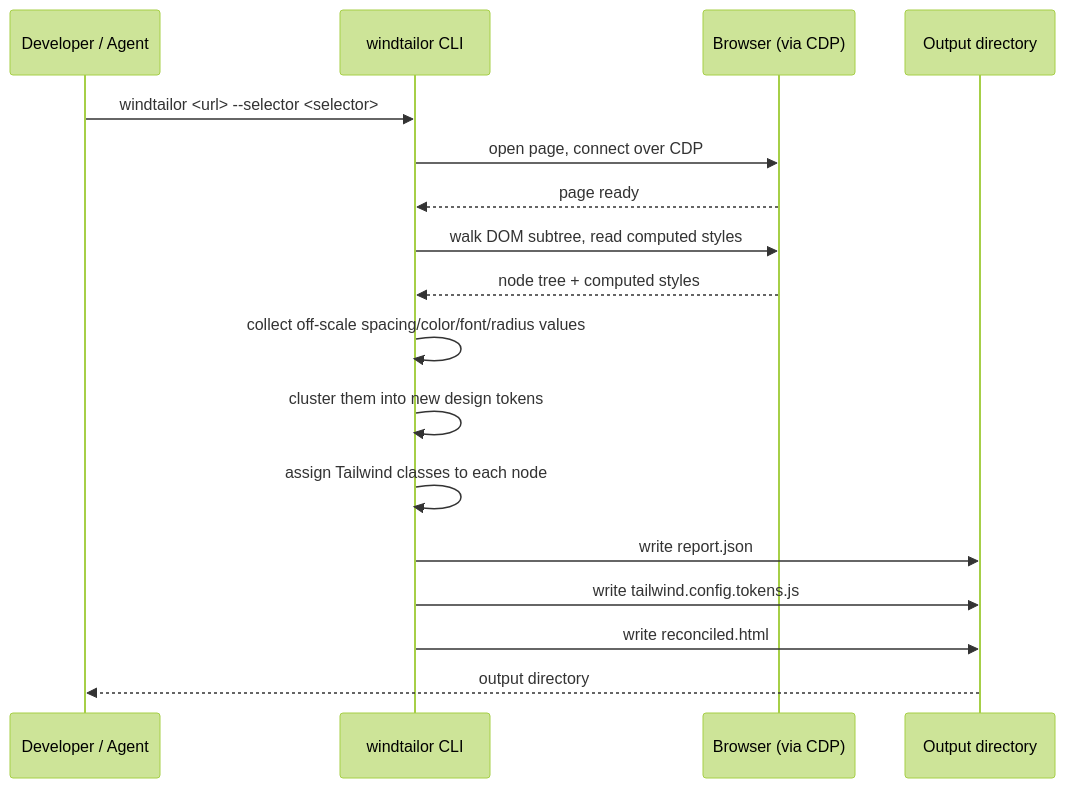
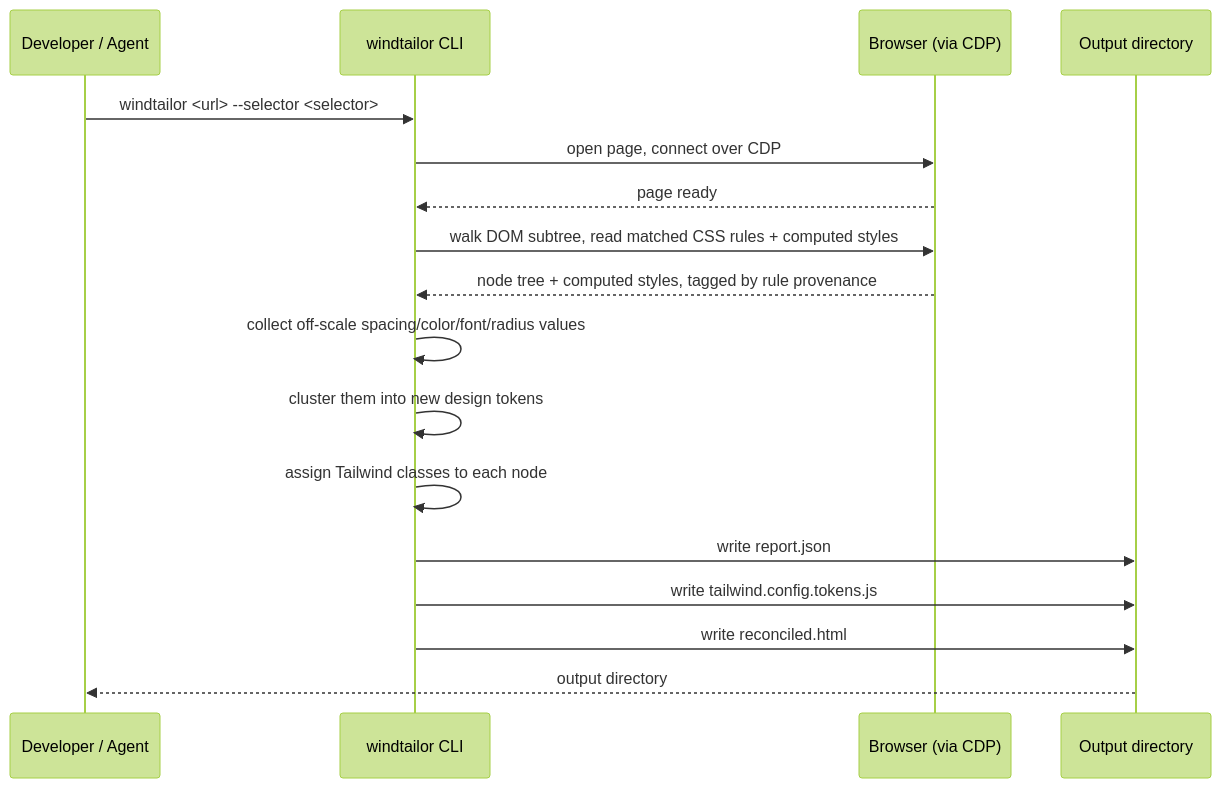
Before and after one commit to cam5/windtailor: the diagram in README.md, drawn with Mermaid (forest theme). The commit also changed other lines of this file and 7 other files, not shown here.

````diff
--- a/README.md
+++ b/README.md
@@ -13,20 +13,20 @@
 ```mermaid
 sequenceDiagram
     participant Caller as Developer / Agent
     participant CLI as windtailor CLI
     participant Browser as Browser (via CDP)
     participant FS as Output directory
 
     Caller->>CLI: windtailor <url> --selector <selector>
     CLI->>Browser: open page, connect over CDP
     Browser-->>CLI: page ready
-    CLI->>Browser: walk DOM subtree, read computed styles
-    Browser-->>CLI: node tree + computed styles
+    CLI->>Browser: walk DOM subtree, read matched CSS rules + computed styles
+    Browser-->>CLI: node tree + computed styles, tagged by rule provenance
     CLI->>CLI: collect off-scale spacing/color/font/radius values
     CLI->>CLI: cluster them into new design tokens
     CLI->>CLI: assign Tailwind classes to each node
     CLI->>FS: write report.json
     CLI->>FS: write tailwind.config.tokens.js
     CLI->>FS: write reconciled.html
     FS-->>Caller: output directory
 ```
````
